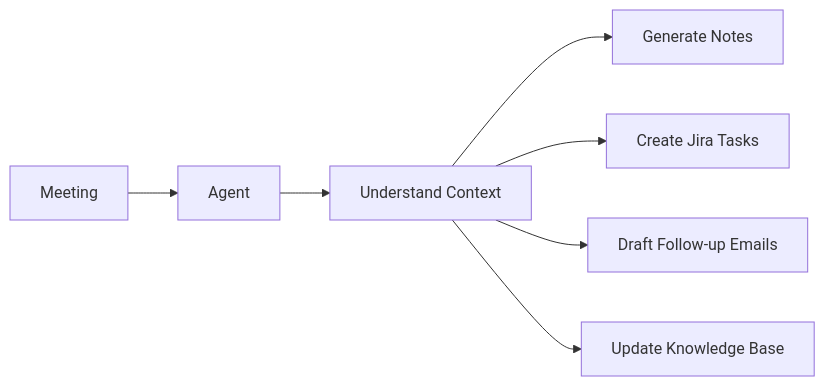
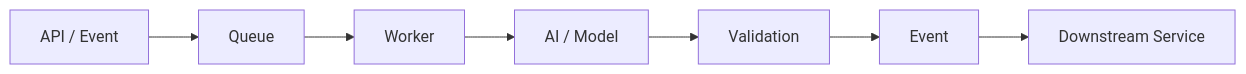
One commit to ariz565/ariz565 changed the second of 2 diagrams in README.md. Above: the diagram before and after it, drawn with Mermaid. The commit also changed other lines of this file, not shown here.

````diff
--- a/README.md
+++ b/README.md
@@ -213,9 +382,9 @@
 ```mermaid
 flowchart LR
-    A[Meeting] --> B[Agent]
-    B --> C[Understand Context]
-    C --> D[Generate Notes]
-    C --> E[Create Jira Tasks]
-    C --> F[Draft Follow-up Emails]
-    C --> G[Update Knowledge Base]
+    A[API / Event] --> B[Queue]
+    B --> C[Worker]
+    C --> D[AI / Model]
+    D --> E[Validation]
+    E --> F[Event]
+    F --> G[Downstream Service]
 ```
````
